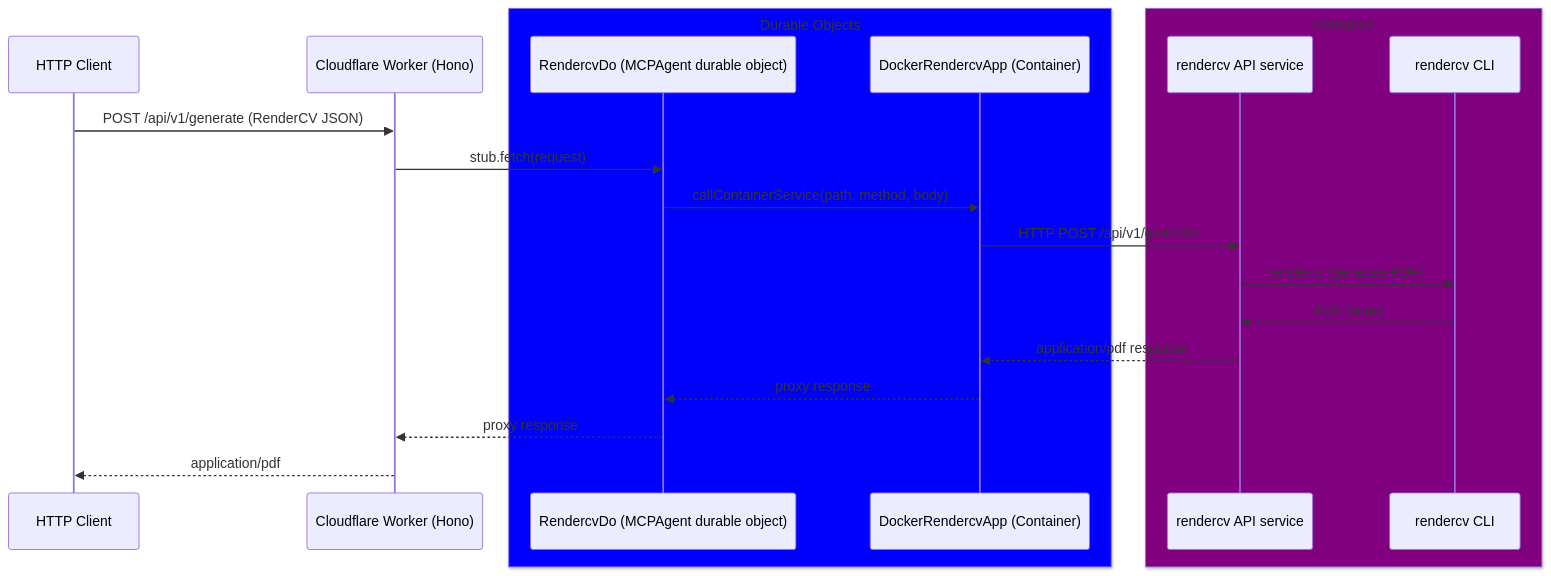
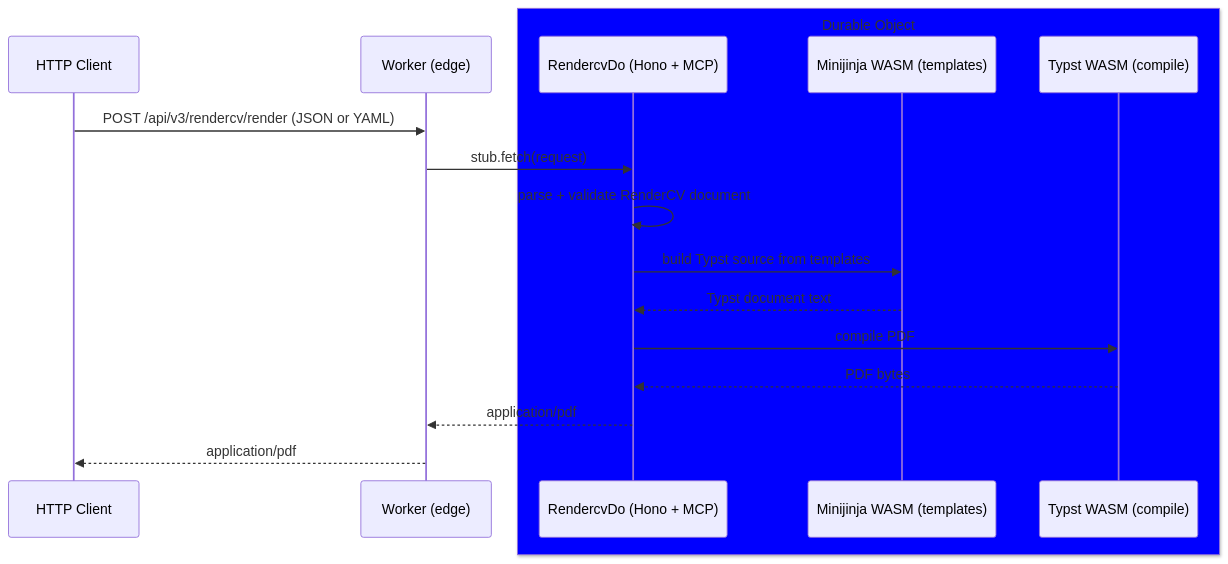
The first of 3 diagrams in README.md (jchoi2x/cf-rendercv), drawn with Mermaid before and after one commit. The commit also changed other lines of this file and 32 other files, not shown here.

First line of the commit message:
Enhance RenderCV application with new dependencies and structural updates

````diff
--- a/README.md
+++ b/README.md
@@ -124,25 +138,20 @@
 ```mermaid
 sequenceDiagram
   participant C as HTTP Client
-  participant W as Cloudflare Worker (Hono)
-  box Blue Durable Objects
-    participant D as RendercvDo (MCPAgent durable object)
-    participant K as DockerRendercvApp (Container)
-  end
-  box Purple Container
-    participant A as rendercv API service
-    participant R as rendercv CLI
+  participant W as Worker (edge)
+  box Blue Durable Object
+    participant D as RendercvDo (Hono + MCP)
+    participant J as Minijinja WASM (templates)
+    participant Y as Typst WASM (compile)
   end
 
-
-  C->>W: POST /api/v1/generate (RenderCV JSON)
+  C->>W: POST /api/v3/rendercv/render (JSON or YAML)
   W->>D: stub.fetch(request)
-  D->>K: callContainerService(path, method, body)
-  K->>A: HTTP POST /api/v1/generate
-  A->>R: rendercv (generate PDF)
-  R-->>A: PDF binary
-  A-->>K: application/pdf response
-  K-->>D: proxy response
-  D-->>W: proxy response
+  D->>D: parse + validate RenderCV document
+  D->>J: build Typst source from templates
+  J-->>D: Typst document text
+  D->>Y: compile PDF
+  Y-->>D: PDF bytes
+  D-->>W: application/pdf
   W-->>C: application/pdf
 ```
````
